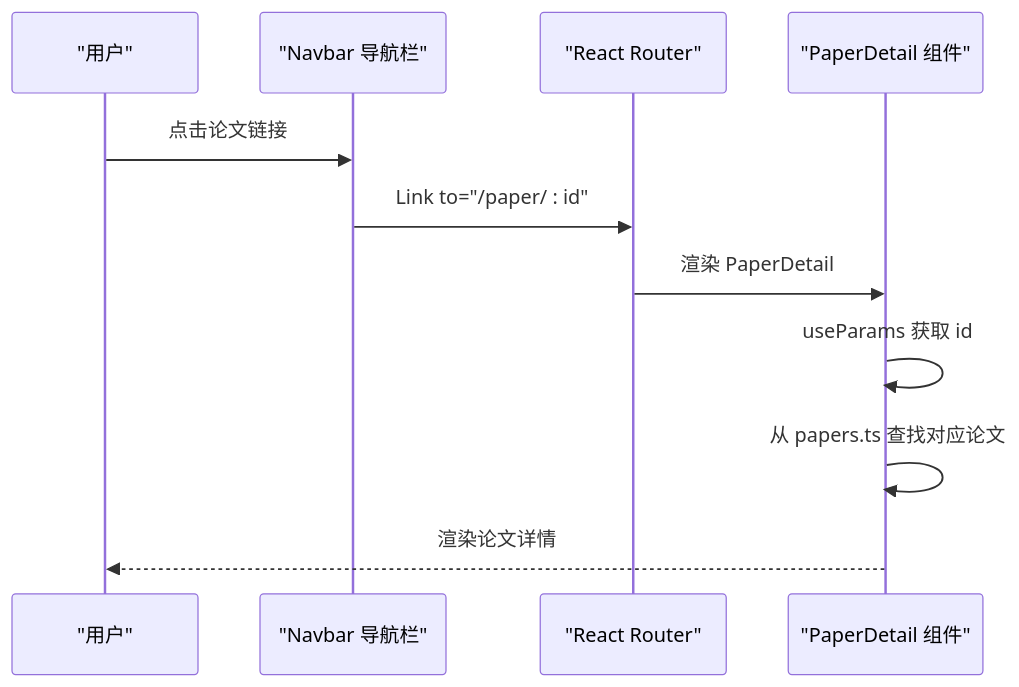
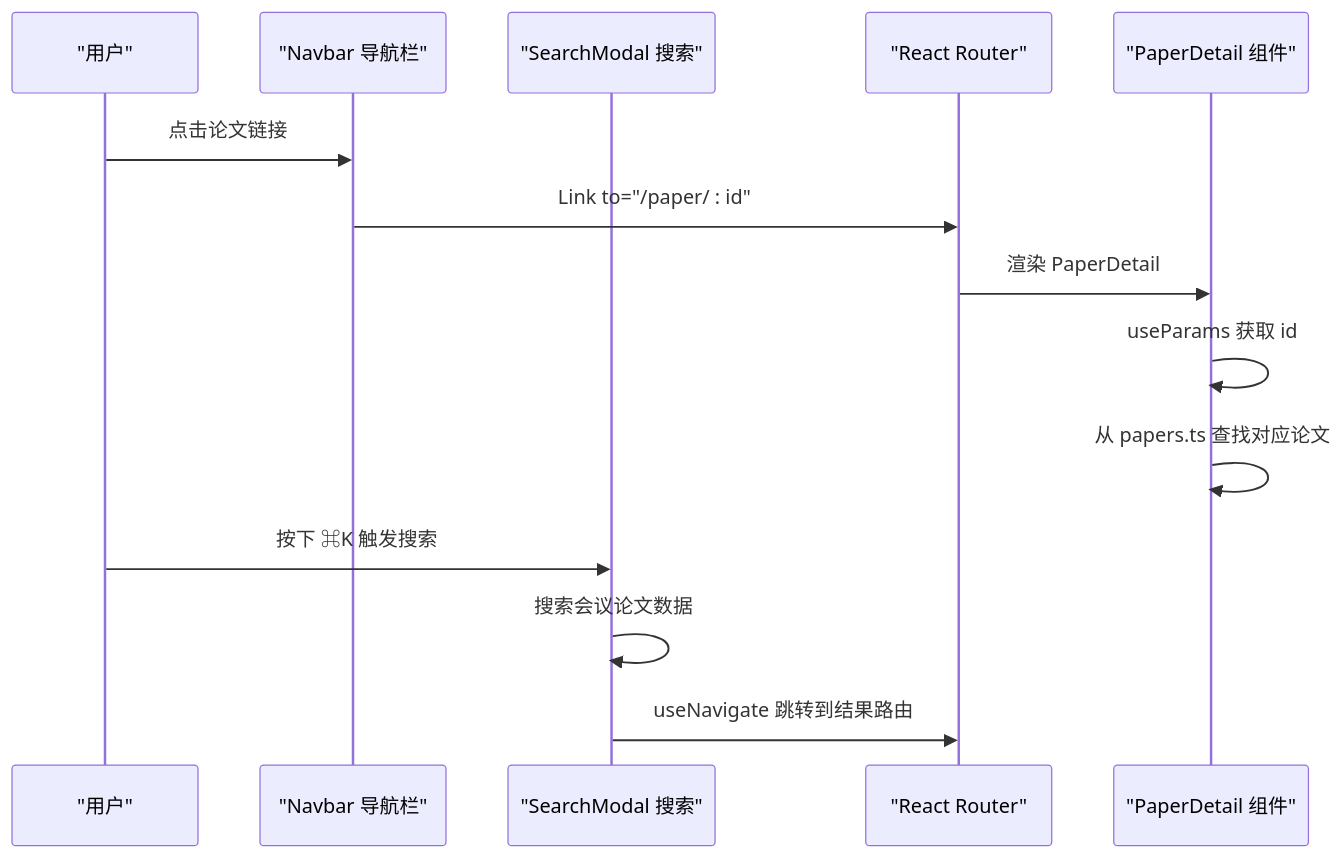
The third of 4 diagrams in .qoder/repowiki/zh/content/架构设计/路由系统设计.md (erikliu123/storage_ai_blog), drawn with Mermaid before and after one commit. The commit also changed other lines of this file and 61 other files, not shown here.

````diff
--- a/.qoder/repowiki/zh/content/架构设计/路由系统设计.md
+++ b/.qoder/repowiki/zh/content/架构设计/路由系统设计.md
@@ -154,13 +187,16 @@
 ```mermaid
 sequenceDiagram
 participant U as "用户"
 participant N as "Navbar 导航栏"
+participant S as "SearchModal 搜索"
 participant R as "React Router"
 participant P as "PaperDetail 组件"
 U->>N : 点击论文链接
 N->>R : Link to="/paper/ : id"
 R->>P : 渲染 PaperDetail
 P->>P : useParams 获取 id
 P->>P : 从 papers.ts 查找对应论文
-P-->>U : 渲染论文详情
+U->>S : 按下 ⌘K 触发搜索
+S->>S : 搜索会议论文数据
+S->>R : useNavigate 跳转到结果路由
 ```
````
